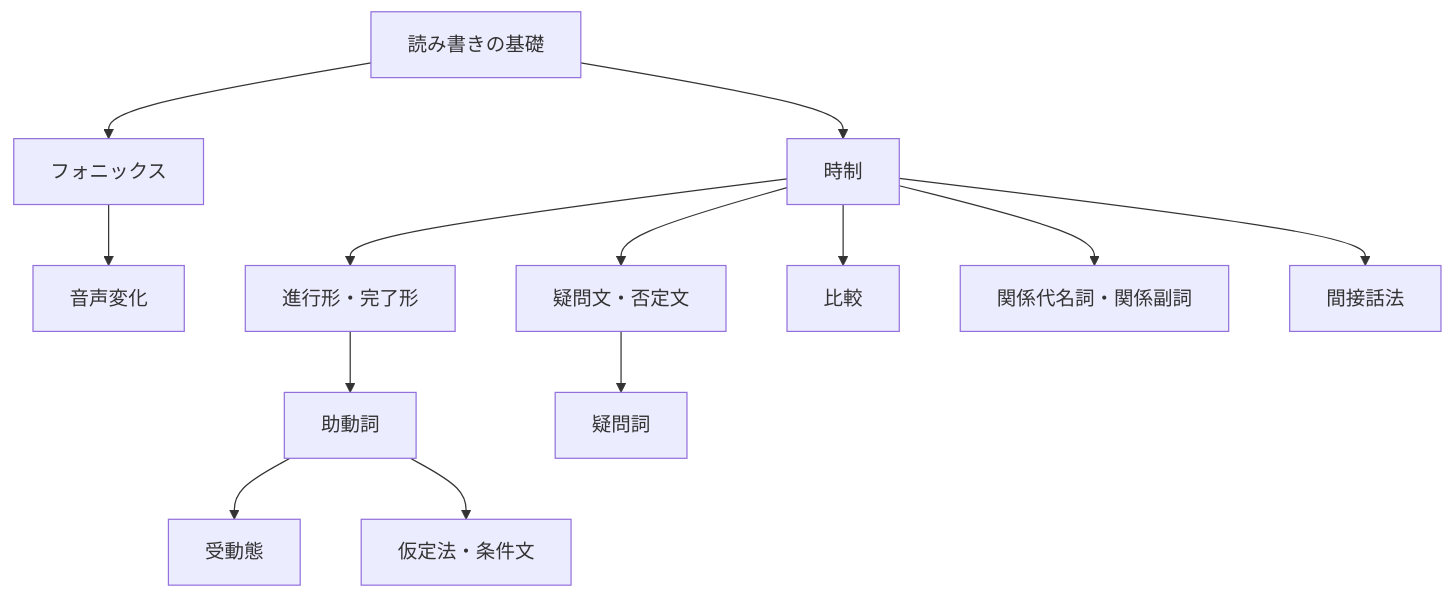
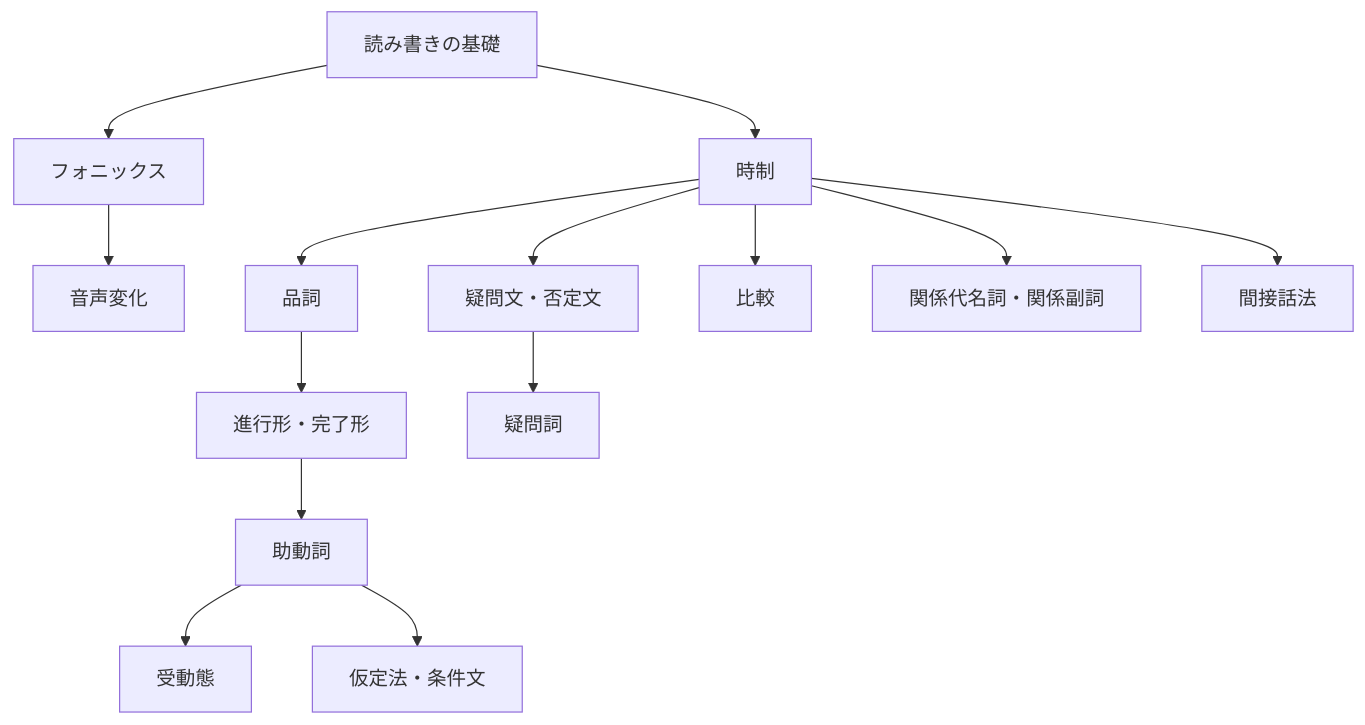
Before and after one commit to goataka/study: the diagram in contents/english/README.md, drawn with Mermaid. The commit also changed other lines of this file and 336 other files, not shown here.

First line of the commit message:
Add be-verb present tense, articles, adjectives, adverbs, prepositions, conjunctions; update README with table format and Japanese translations

````diff
--- a/contents/english/README.md
+++ b/contents/english/README.md
@@ -112,29 +147,31 @@
 ```mermaid
 graph TD
     A[読み書きの基礎] --> B[フォニックス]
     B --> C[音声変化]
     A --> D[時制]
-    D --> E[進行形・完了形]
-    D --> F[疑問文・否定文]
-    E --> G[助動詞]
-    G --> H[受動態]
-    G --> I[仮定法・条件文]
-    F --> J[疑問詞]
-    D --> K[比較]
-    D --> L[関係代名詞・関係副詞]
-    D --> M[間接話法]
+    D --> E[品詞]
+    E --> F[進行形・完了形]
+    D --> G[疑問文・否定文]
+    F --> H[助動詞]
+    H --> I[受動態]
+    H --> J[仮定法・条件文]
+    G --> K[疑問詞]
+    D --> L[比較]
+    D --> M[関係代名詞・関係副詞]
+    D --> N[間接話法]
 
     click A "01-alphabet/drill.md"
     click B "03-phonics-1letter/drill.md"
     click C "07-linking/drill.md"
     click D "11-tenses-regular-present/drill.md"
-    click E "17-progressive/drill.md"
-    click F "30-questions/drill.md"
-    click G "22-modals-basic/drill.md"
-    click H "25-passive/drill.md"
-    click I "27-conditionals-if/drill.md"
-    click J "32-questions-wh/drill.md"
-    click K "33-comparatives-er/drill.md"
-    click L "36-relative-subject/drill.md"
-    click M "40-reported-tense/drill.md"
+    click E "18-articles/drill.md"
+    click F "23-progressive/drill.md"
+    click G "36-questions/drill.md"
+    click H "28-modals-basic/drill.md"
+    click I "31-passive/drill.md"
+    click J "33-conditionals-if/drill.md"
+    click K "38-questions-wh/drill.md"
+    click L "39-comparatives-er/drill.md"
+    click M "42-relative-subject/drill.md"
+    click N "46-reported-tense/drill.md"
 ```
````
